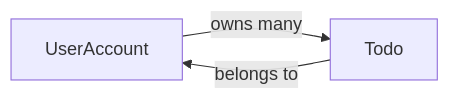
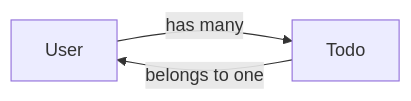
One commit to wrtnlabs/autobe-examples changed the third of 8 diagrams in openai/gpt-5.4-mini/todo/docs/analysis/02-domain-model.md. Above: the diagram before and after it, drawn with Mermaid. The commit also changed other lines of this file and 6645 other files, not shown here.

````diff
--- a/openai/gpt-5.4-mini/todo/docs/analysis/02-domain-model.md
+++ b/openai/gpt-5.4-mini/todo/docs/analysis/02-domain-model.md
@@ -182,5 +116,5 @@
 ```mermaid
 flowchart LR
-    A["UserAccount"] -->|"owns many"| B["Todo"]
-    B -->|"belongs to"| A
+    U["User"] -->|"has many"| T["Todo"]
+    T -->|"belongs to one"| U
 ```
````
